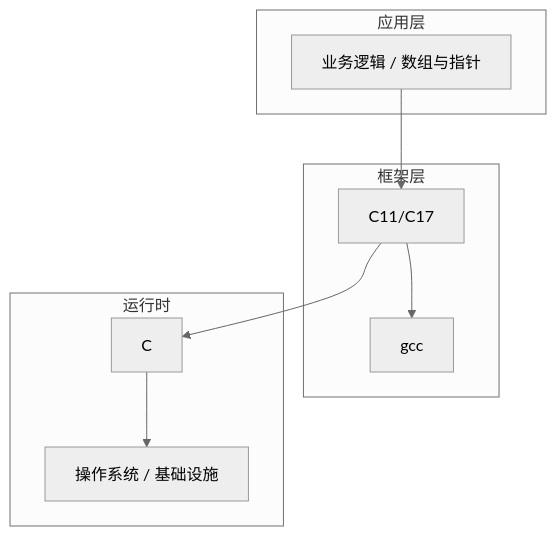
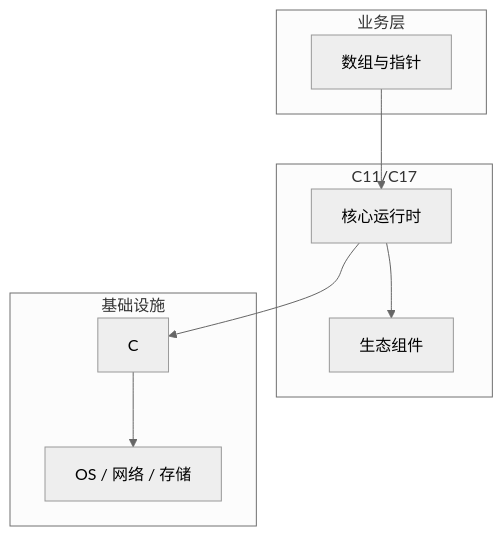
The diagram in articles/C语言/chapters/049-数组与指针核心概念与原理.md (yanggan2015/knowledge-json-v2), drawn with Mermaid (neutral theme) before and after one commit. The commit also changed other lines of this file and 10127 other files, not shown here.

````diff
--- a/articles/C语言/chapters/049-数组与指针核心概念与原理.md
+++ b/articles/C语言/chapters/049-数组与指针核心概念与原理.md
@@ -45,18 +34,18 @@
 ```mermaid
 graph TB
-    subgraph 应用层
-        A[业务逻辑 / 数组与指针]
+    subgraph 业务层
+        A[数组与指针]
     end
-    subgraph 框架层
-        B[C11/C17]
-        C[gcc]
+    subgraph C11/C17
+        B[核心运行时]
+        C[生态组件]
     end
-    subgraph 运行时
+    subgraph 基础设施
         D[C]
-        E[操作系统 / 基础设施]
+        E[OS / 网络 / 存储]
     end
     A --> B
     B --> C
     B --> D
     D --> E
 ```
````
